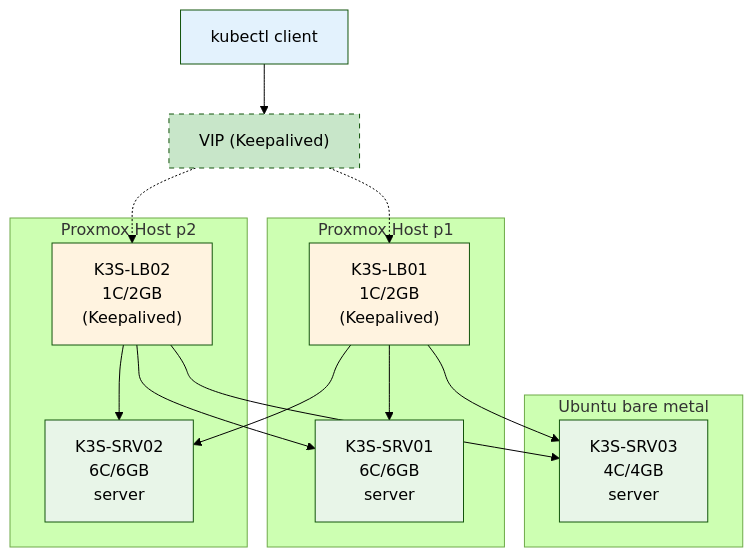
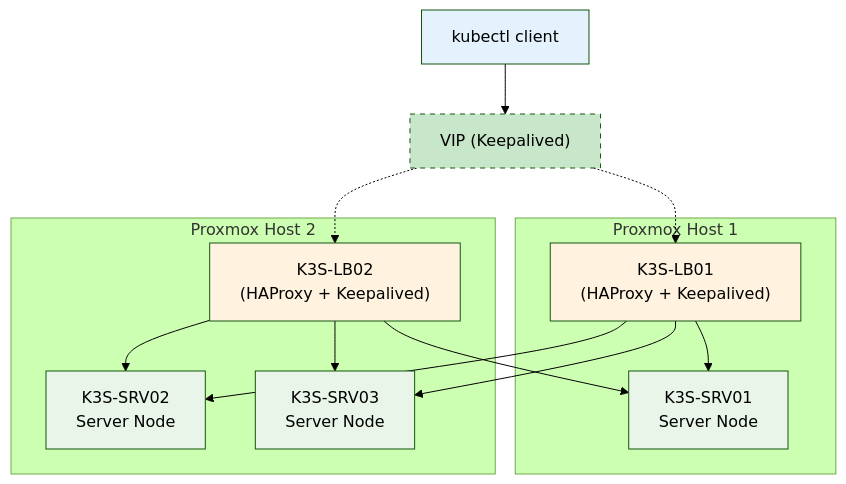
Before and after one commit to Justin-De-Sio/my-blog: the diagram in content/posts/ha/index.fr.md, drawn with Mermaid (forest theme). The commit also changed other lines of this file, not shown here.

```diff
--- a/content/posts/ha/index.fr.md
+++ b/content/posts/ha/index.fr.md
@@ -82,36 +80,33 @@
 {{< mermaid >}}
 graph TB
     CLIENT["kubectl client"]
     
-    subgraph "Proxmox Host p1"
-        LB1["K3S-LB01<br/>1C/2GB<br/>(Keepalived)"]
-        SRV1["K3S-SRV01<br/>6C/6GB<br/>server"]
+    subgraph "Proxmox Host 1"
+        LB1["K3S-LB01<br/>(HAProxy + Keepalived)"]
+        SRV1["K3S-SRV01<br/>Server Node"]
     end
     
-    subgraph "Proxmox Host p2"
-        LB2["K3S-LB02<br/>1C/2GB<br/>(Keepalived)"]
-        SRV2["K3S-SRV02<br/>6C/6GB<br/>server"]
-    end
-
-    subgraph "Ubuntu bare metal"
-        SRV3["K3S-SRV03<br/>4C/4GB<br/>server"]
+    subgraph "Proxmox Host 2"
+        LB2["K3S-LB02<br/>(HAProxy + Keepalived)"]
+        SRV2["K3S-SRV02<br/>Server Node"]
+        SRV3["K3S-SRV03<br/>Server Node"]
     end
 
     CLIENT --> VIP["VIP (Keepalived)"]
     VIP -.-> LB1
     VIP -.-> LB2
     LB1 --> SRV1
     LB1 --> SRV2
     LB1 --> SRV3
     LB2 --> SRV1
     LB2 --> SRV2
     LB2 --> SRV3
 
-    style CLIENT fill:#e3f2fd
-    style VIP fill:#c8e6c9,stroke-dasharray: 5 5
-    style LB1 fill:#fff3e0
-    style LB2 fill:#fff3e0
-    style SRV1 fill:#e8f5e8
-    style SRV2 fill:#e8f5e8
-    style SRV3 fill:#e8f5e8
+    style CLIENT fill:#E3F2FD
+    style VIP fill:#C8E6C9,stroke-dasharray: 5 5
+    style LB1 fill:#FFF3E0
+    style LB2 fill:#FFF3E0
+    style SRV1 fill:#E8F5E8
+    style SRV2 fill:#E8F5E8
+    style SRV3 fill:#E8F5E8
 {{< /mermaid >}}
```
